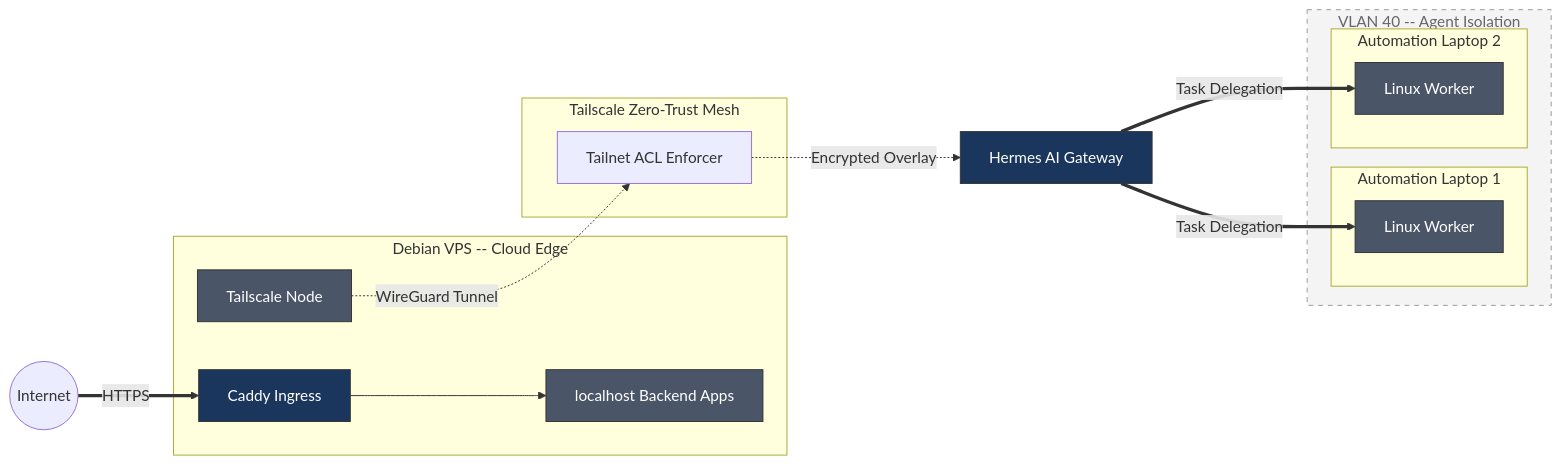
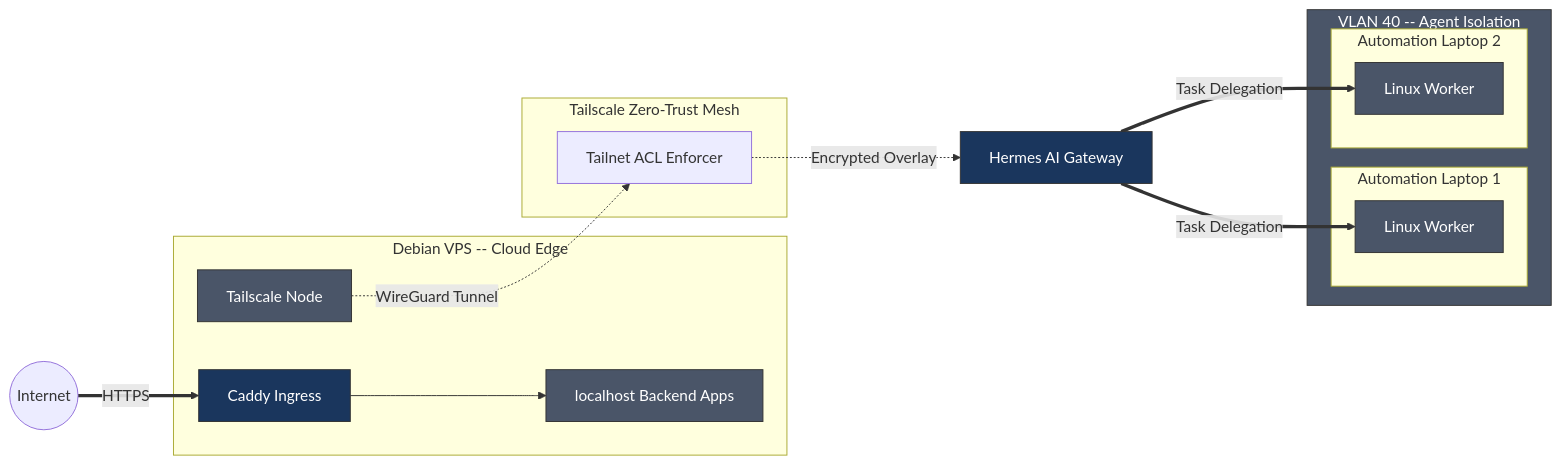
Before and after one commit to RealAngryCherub/cloud-edge-automation: the diagram in docs/vps-automation-mesh.mmd, drawn with Mermaid. The commit also changed 2 other files, not shown here.

Commit message:
docs: finalize 8-zone architecture — remove Staged/Reserved framing, all zones operational, sync Mermaid + PDFs

```diff
--- a/docs/vps-automation-mesh.mmd
+++ b/docs/vps-automation-mesh.mmd
@@ -1,35 +1,33 @@
 flowchart LR
 PUB((Internet))
 
 subgraph VPS["Debian VPS -- Cloud Edge"]
     CDY[Caddy Ingress]
     SRV[localhost Backend Apps]
     TS1[Tailscale Node]
 end
 
 subgraph MESH["Tailscale Zero-Trust Mesh"]
     ACL[Tailnet ACL Enforcer]
 end
 
 subgraph VLAN40["VLAN 40 -- Agent Isolation"]
     subgraph LAP1["Automation Laptop 1"]
         WKR1[Linux Worker]
     end
     subgraph LAP2["Automation Laptop 2"]
         WKR2[Linux Worker]
     end
 end
 
 HERMES[Hermes AI Gateway]
 
 PUB ==>|HTTPS| CDY --> SRV
 TS1 -.->|WireGuard Tunnel| ACL
 ACL -.->|Encrypted Overlay| HERMES
 HERMES ==>|Task Delegation| WKR1 & WKR2
 
 classDef gateway fill:#1A365D,color:#fff,stroke:#333;
 classDef compute fill:#4A5568,color:#fff,stroke:#333;
-classDef staged fill:#f4f4f4,color:#666,stroke:#999,stroke-dasharray:5 5;
 class CDY,HERMES gateway;
-class SRV,WKR1,WKR2,TS1 compute;
-class VLAN40 staged;
+class SRV,TS1,WKR1,WKR2,VLAN40 compute;
```
